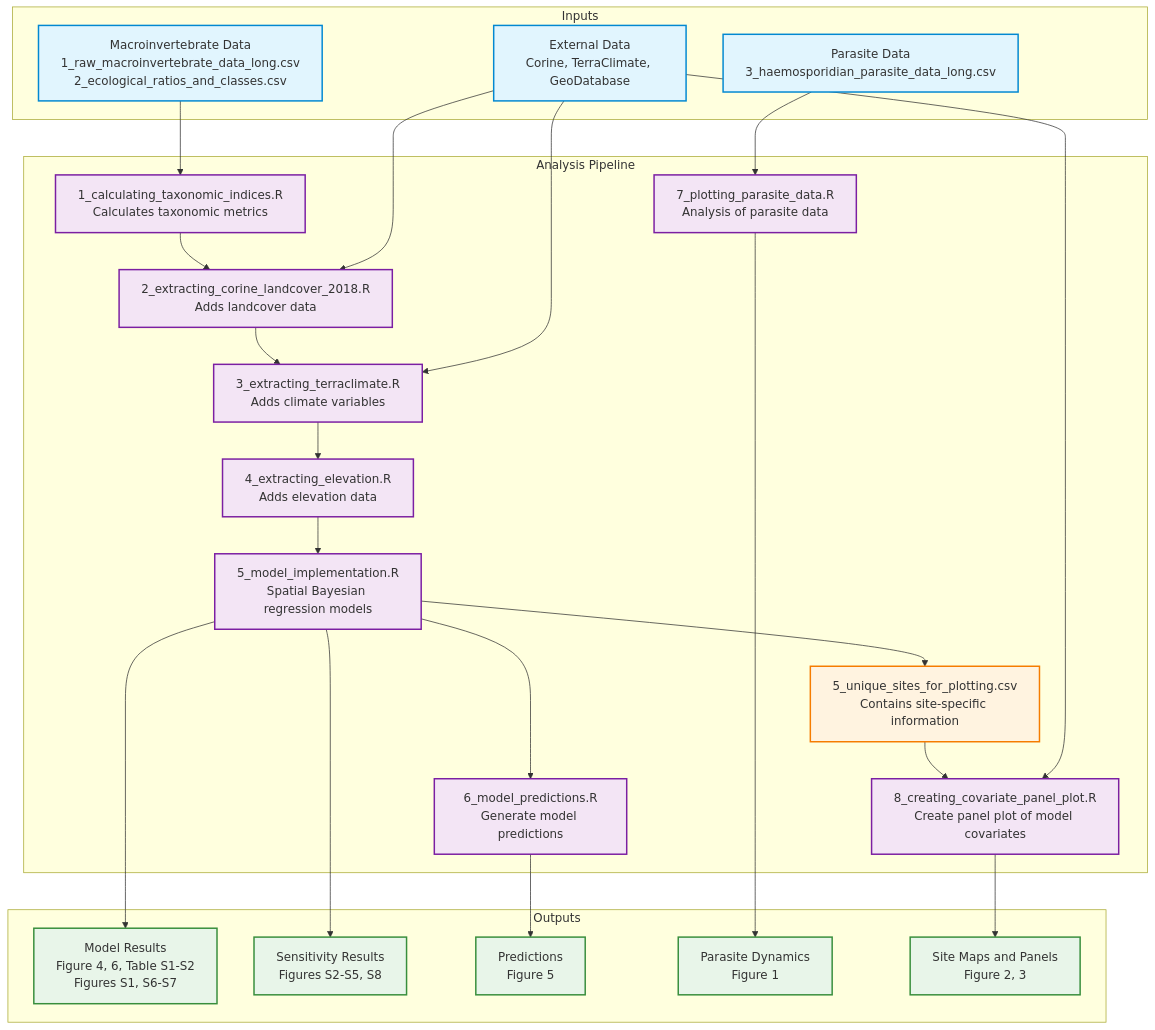
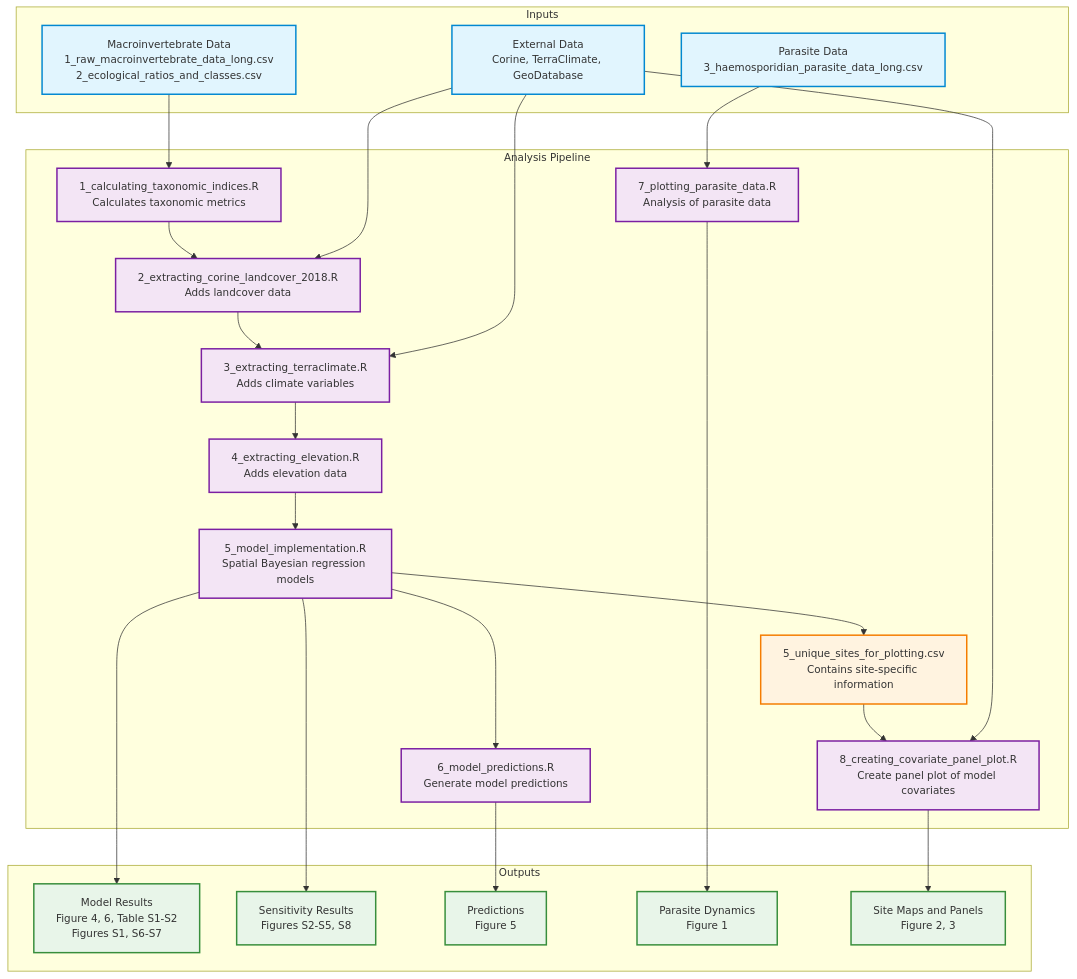
The diagram in README.md (HeeeyNathan/Predicting_vector_abundance_in_Lithuania), drawn with Mermaid before and after one commit.

Commit message:
make read.me figure better

````diff
--- a/README.md
+++ b/README.md
@@ -151,42 +151,44 @@
 ```mermaid
+%%{init: {'themeVariables': { 'fontSize': '14px'}}}%%
+%%{init: {'themeVariables': { 'nodePadding': 12}}}%%
 graph TD
     subgraph Inputs
         R["Macroinvertebrate Data<br/>1_raw_macroinvertebrate_data_long.csv<br/>2_ecological_ratios_and_classes.csv"]
         P["Parasite Data<br/>3_haemosporidian_parasite_data_long.csv"]
         E["External Data<br/>Corine, TerraClimate, GeoDatabase"]
     end
     
     subgraph Analysis Pipeline
         R --> S1["1_calculating_taxonomic_indices.R<br/>Calculates taxonomic metrics"]
         S1 --> S2["2_extracting_corine_landcover_2018.R<br/>Adds landcover data"]
         E --> S2
         S2 --> S3["3_extracting_terraclimate.R<br/>Adds climate variables"]
         E --> S3
         S3 --> S4["4_extracting_elevation.R<br/>Adds elevation data"]
         S4 --> S5["5_model_implementation.R<br/>Spatial Bayesian regression models"]
         S5 --> S6["6_model_predictions.R<br/>Generate model predictions"]
         S5 --> Sites["5_unique_sites_for_plotting.csv<br/>Contains site-specific information"]
         Sites --> S8["8_creating_covariate_panel_plot.R<br/>Create panel plot of model covariates"]
         E --> S8
         P --> S7["7_plotting_parasite_data.R<br/>Analysis of parasite data"]
     end
     
     subgraph Outputs
         S5 --> O1["Model Results<br/>Figure 4, 6, Table S1-S2<br/>Figures S1, S6-S7"]
         S5 --> O2["Sensitivity Results<br/>Figures S2-S5, S8"]
         S6 --> O3["Predictions<br/>Figure 5"]
         S7 --> O4["Parasite Dynamics<br/>Figure 1"]
         S8 --> O5["Site Maps and Panels<br/>Figure 2, 3"]
     end
     
     %% Styling
     classDef input fill:#e1f5fe,stroke:#0288d1,stroke-width:2px;
     classDef script fill:#f3e5f5,stroke:#7b1fa2,stroke-width:2px;
     classDef output fill:#e8f5e9,stroke:#388e3c,stroke-width:2px;
     classDef intermediate fill:#fff3e0,stroke:#f57c00,stroke-width:2px;
     
     class R,P,E input;
     class S1,S2,S3,S4,S5,S6,S7,S8 script;
     class O1,O2,O3,O4,O5 output;
     class Sites intermediate;
 ```
````
